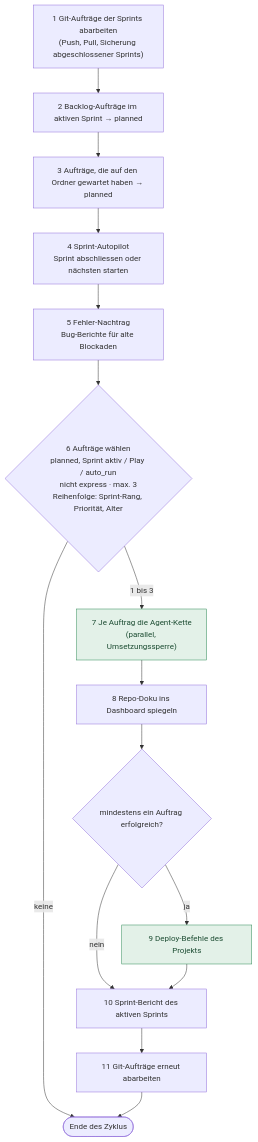
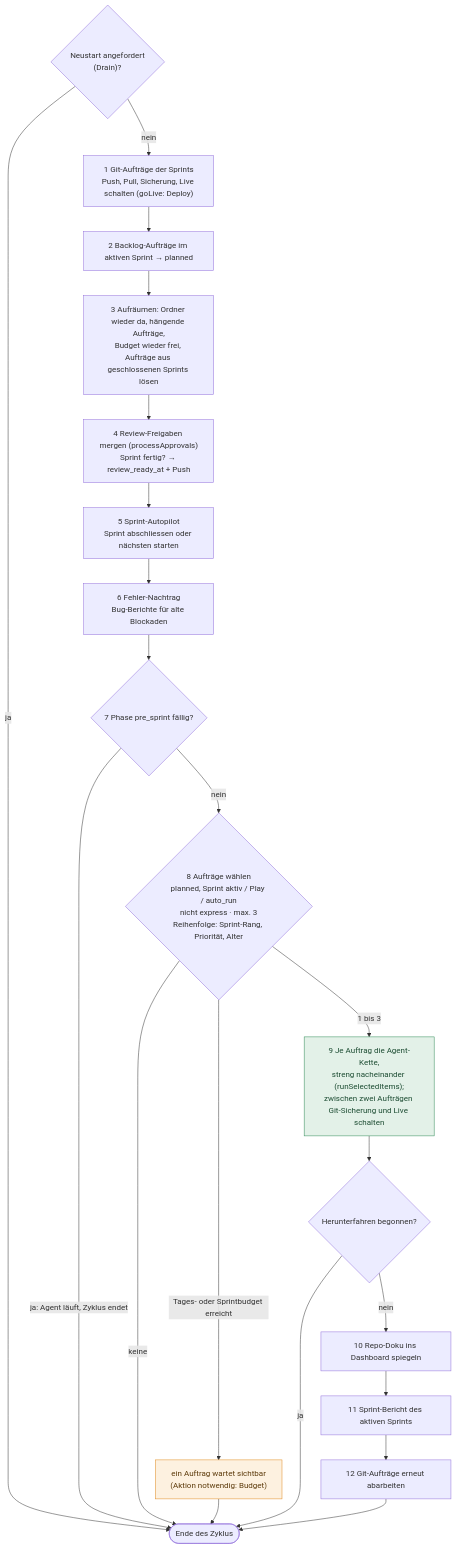
One commit to zaaaazzy/AutoDEV changed the fourth of 9 diagrams in docs/laufzeit.md. Above: the diagram before and after it, drawn with Mermaid. The commit also changed other lines of this file and 8 other files, not shown here.

First line of the commit message:
docs: Dokumentation an den Code angleichen und Diagramme ergänzen

````diff
--- a/docs/laufzeit.md
+++ b/docs/laufzeit.md
@@ -152,21 +165,27 @@
 ```mermaid
 flowchart TD
-  A["1 Git-Aufträge der Sprints abarbeiten<br/>(Push, Pull, Sicherung abgeschlossener Sprints)"] --> B["2 Backlog-Aufträge im aktiven Sprint → planned"]
-  B --> C["3 Aufträge, die auf den Ordner gewartet haben → planned"]
-  C --> D["4 Sprint-Autopilot<br/>Sprint abschliessen oder nächsten starten"]
-  D --> E["5 Fehler-Nachtrag<br/>Bug-Berichte für alte Blockaden"]
-  E --> F{"6 Aufträge wählen<br/>planned, Sprint aktiv / Play / auto_run<br/>nicht express · max. 3<br/>Reihenfolge: Sprint-Rang, Priorität, Alter"}
-  F -->|keine| Z(["Ende des Zyklus"])
-  F -->|1 bis 3| G["7 Je Auftrag die Agent-Kette<br/>(parallel, Umsetzungssperre)"]:::ok
-  G --> H["8 Repo-Doku ins Dashboard spiegeln"]
-  H --> I{"mindestens ein Auftrag erfolgreich?"}
-  I -->|ja| J["9 Deploy-Befehle des Projekts"]:::ok
-  I -->|nein| K
-  J --> K["10 Sprint-Bericht des aktiven Sprints"]
-  K --> L["11 Git-Aufträge erneut abarbeiten"]
+  D0{"Neustart angefordert<br/>(Drain)?"} -->|ja| Z(["Ende des Zyklus"])
+  D0 -->|nein| A["1 Git-Aufträge der Sprints<br/>Push, Pull, Sicherung, Live schalten (goLive: Deploy)"]
+  A --> B["2 Backlog-Aufträge im aktiven Sprint → planned"]
+  B --> C["3 Aufräumen: Ordner wieder da, hängende Aufträge,<br/>Budget wieder frei, Aufträge aus geschlossenen Sprints lösen"]
+  C --> AP["4 Review-Freigaben mergen (processApprovals)<br/>Sprint fertig? → review_ready_at + Push"]
+  AP --> D["5 Sprint-Autopilot<br/>Sprint abschliessen oder nächsten starten"]
+  D --> E["6 Fehler-Nachtrag<br/>Bug-Berichte für alte Blockaden"]
+  E --> PS{"7 Phase pre_sprint fällig?"}
+  PS -->|"ja: Agent läuft, Zyklus endet"| Z
+  PS -->|nein| F{"8 Aufträge wählen<br/>planned, Sprint aktiv / Play / auto_run<br/>nicht express · max. 3<br/>Reihenfolge: Sprint-Rang, Priorität, Alter"}
+  F -->|keine| Z
+  F -->|"Tages- oder Sprintbudget erreicht"| HB["ein Auftrag wartet sichtbar<br/>(Aktion notwendig: Budget)"]:::wait
+  HB --> Z
+  F -->|1 bis 3| G["9 Je Auftrag die Agent-Kette,<br/>streng nacheinander (runSelectedItems);<br/>zwischen zwei Aufträgen Git-Sicherung und Live schalten"]:::ok
+  G --> SD{"Herunterfahren begonnen?"}
+  SD -->|ja| Z
+  SD -->|nein| H["10 Repo-Doku ins Dashboard spiegeln"]
+  H --> K["11 Sprint-Bericht des aktiven Sprints"]
+  K --> L["12 Git-Aufträge erneut abarbeiten"]
   L --> Z
   classDef ok fill:#e3f1e8,stroke:#2f8a57,color:#1d4d33
   classDef bad fill:#fbe9e4,stroke:#b4472f,color:#6b2717
   classDef wait fill:#fdf1e0,stroke:#e08a1e,color:#5c3a0a
   classDef person fill:#e8eef6,stroke:#36608f,color:#1f3a5c
 ```
````
